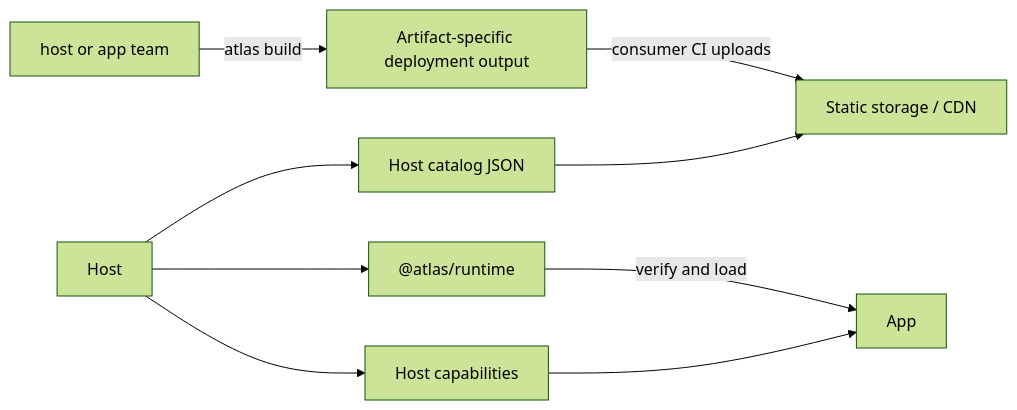
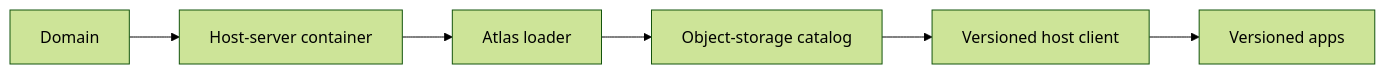
The diagram in README.md (bendaj11/atlas), drawn with Mermaid (forest theme) before and after one commit. The commit also changed other lines of this file and 164 other files, not shown here.

First line of the commit message:
feat!: add stable host deployment flow

````diff
--- a/README.md
+++ b/README.md
@@ -54,11 +54,8 @@
 ```mermaid
 flowchart LR
-  Team["host or app team"] -->|"atlas build"| Output["Artifact-specific deployment output"]
-  Output -->|"consumer CI uploads"| CDN["Static storage / CDN"]
-  Host["Host"] --> Catalog["Host catalog JSON"]
-  Catalog --> CDN
-  Host --> Runtime["@atlas/runtime"]
-  Runtime -->|"verify and load"| app["App"]
-  Host --> SDK["Host capabilities"]
-  SDK --> app
+  Domain["Domain"] --> Server["Host-server container"]
+  Server --> Loader["Atlas loader"]
+  Loader --> Catalog["Object-storage catalog"]
+  Catalog --> Host["Versioned host client"]
+  Host --> Apps["Versioned apps"]
 ```
````
